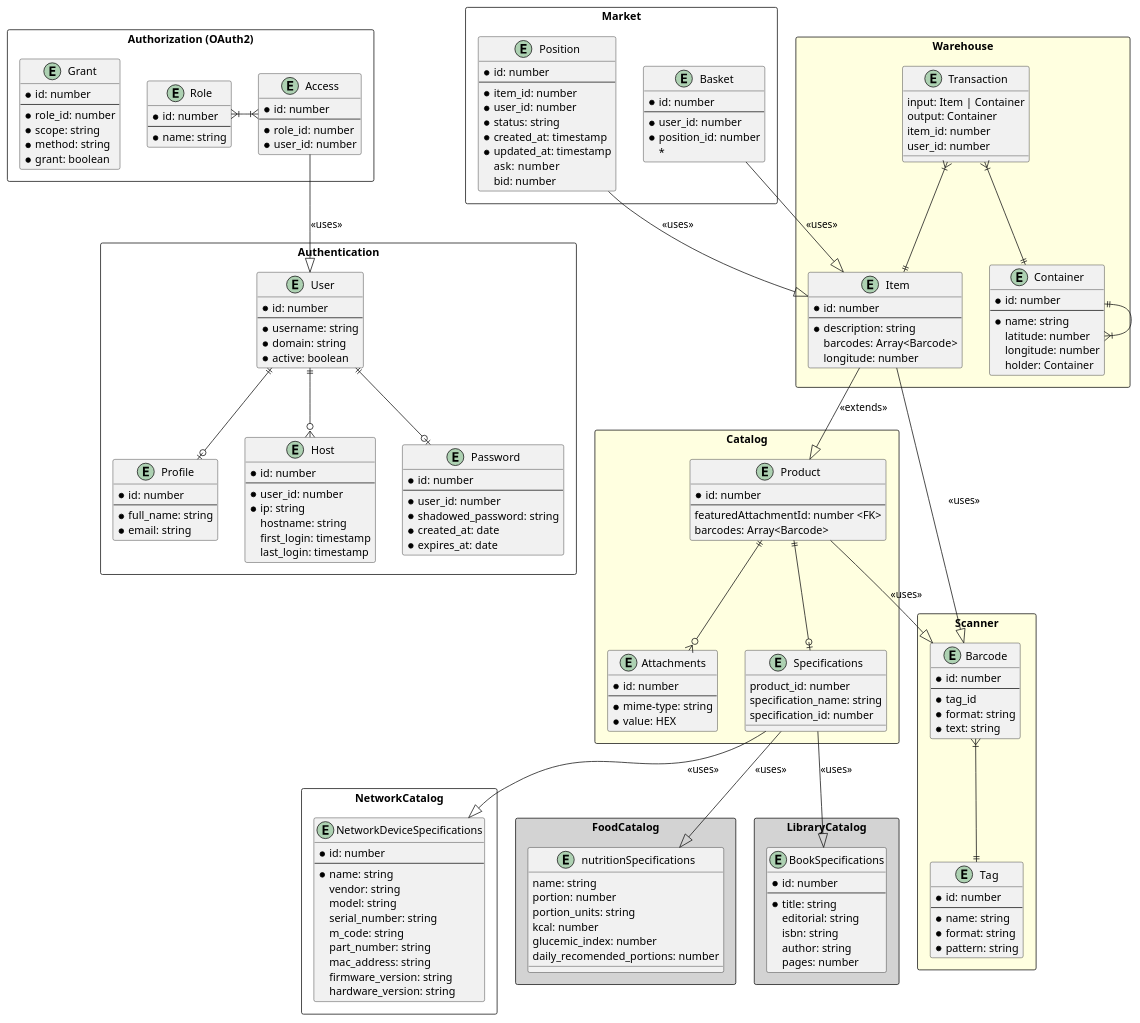
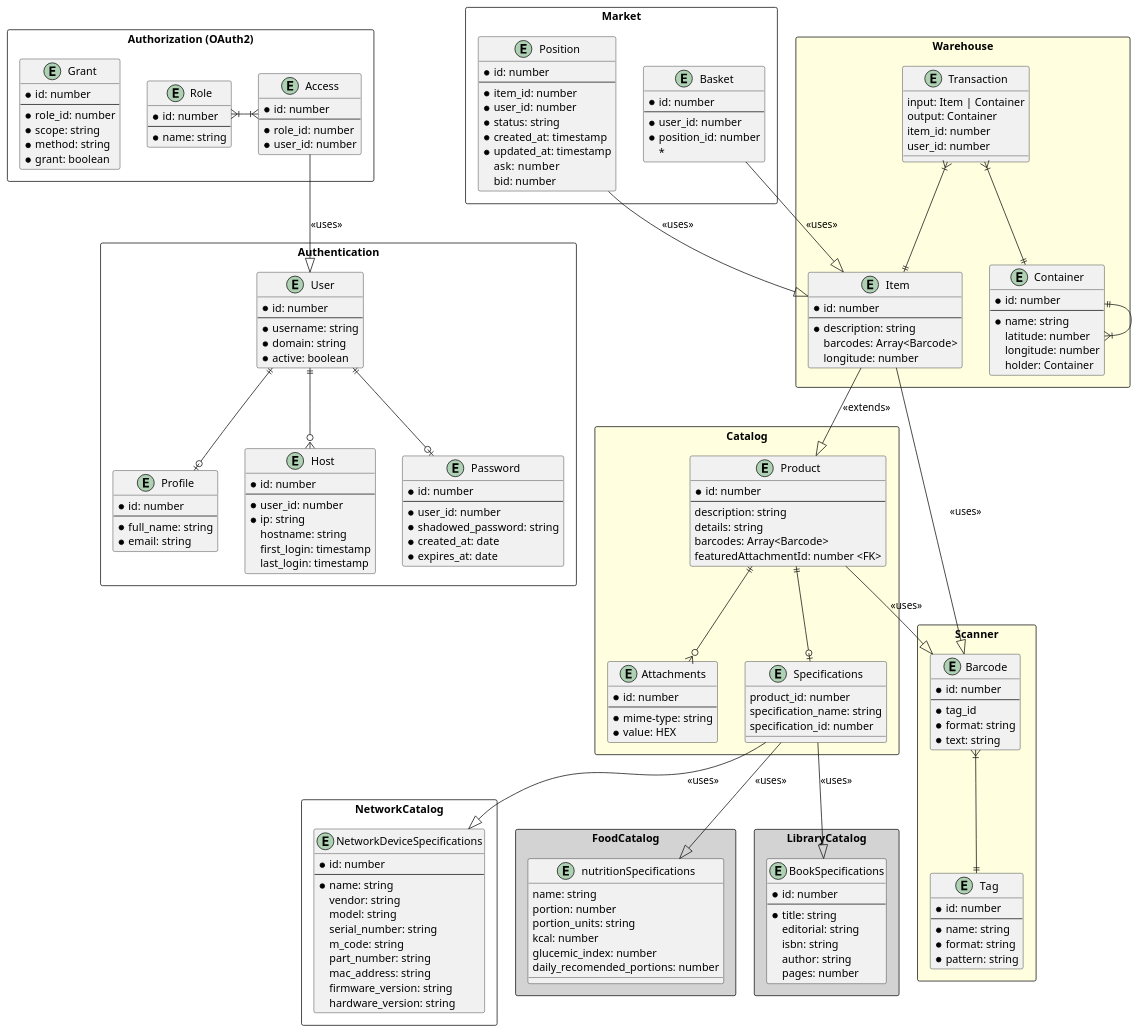
The diagram in dev/entities.puml (emirhg/inventarium), drawn with PlantUML before and after one commit. The commit also changed 29 other files, not shown here.

Commit message:
chg: doc: Update system architecture documentation

```diff
--- a/dev/entities.puml
+++ b/dev/entities.puml
@@ -1,5 +1,4 @@
 @startuml
-
   rectangle Authentication{
 
     entity "Profile" as profile {
@@ -102,8 +101,10 @@
     entity "Product" as product {
       * id: number
       --
+      description: string
+      details: string
+      barcodes: Array<Barcode>
       featuredAttachmentId: number <FK>
-      barcodes: Array<Barcode>
     }
 
     entity "Specifications" as specifications {
```
